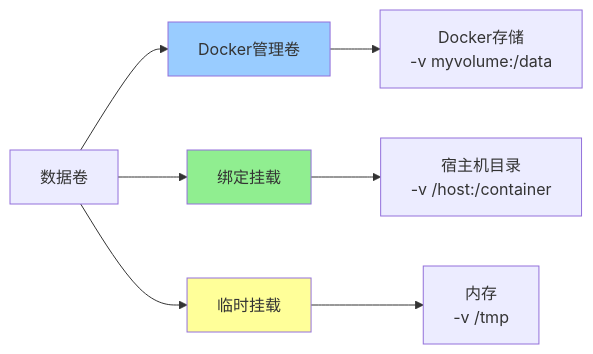
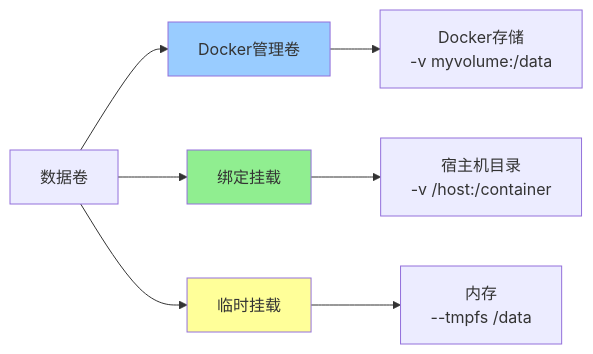
Before and after one commit to before80/prgms: the fifth of 8 diagrams in content/linux/container/Chapter-49-Docker-Basics.md, drawn with Mermaid. The commit also changed other lines of this file and 1645 other files, not shown here.

````diff
--- a/content/linux/container/Chapter-49-Docker-Basics.md
+++ b/content/linux/container/Chapter-49-Docker-Basics.md
@@ -954,14 +991,14 @@
 ```mermaid
 flowchart LR
     A[数据卷] --> B[Docker管理卷]
     A --> C[绑定挂载]
     A --> D[临时挂载]
     
     B --> B1[Docker存储<br/>-v myvolume:/data]
     C --> C1[宿主机目录<br/>-v /host:/container]
-    D --> D1[内存<br/>-v /tmp]
+    D --> D1[内存<br/>--tmpfs /data]
     
     style B fill:#99ccff
     style C fill:#90EE90
     style D fill:#ffff99
 ```
````
